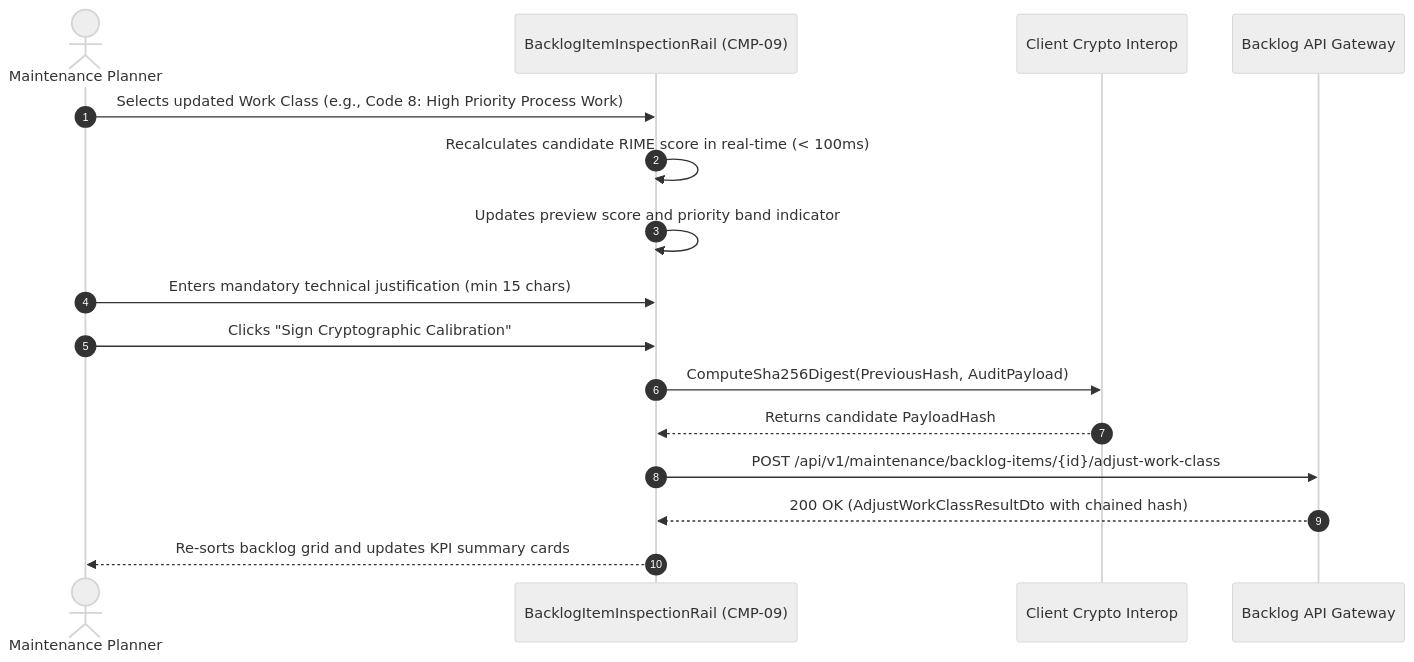
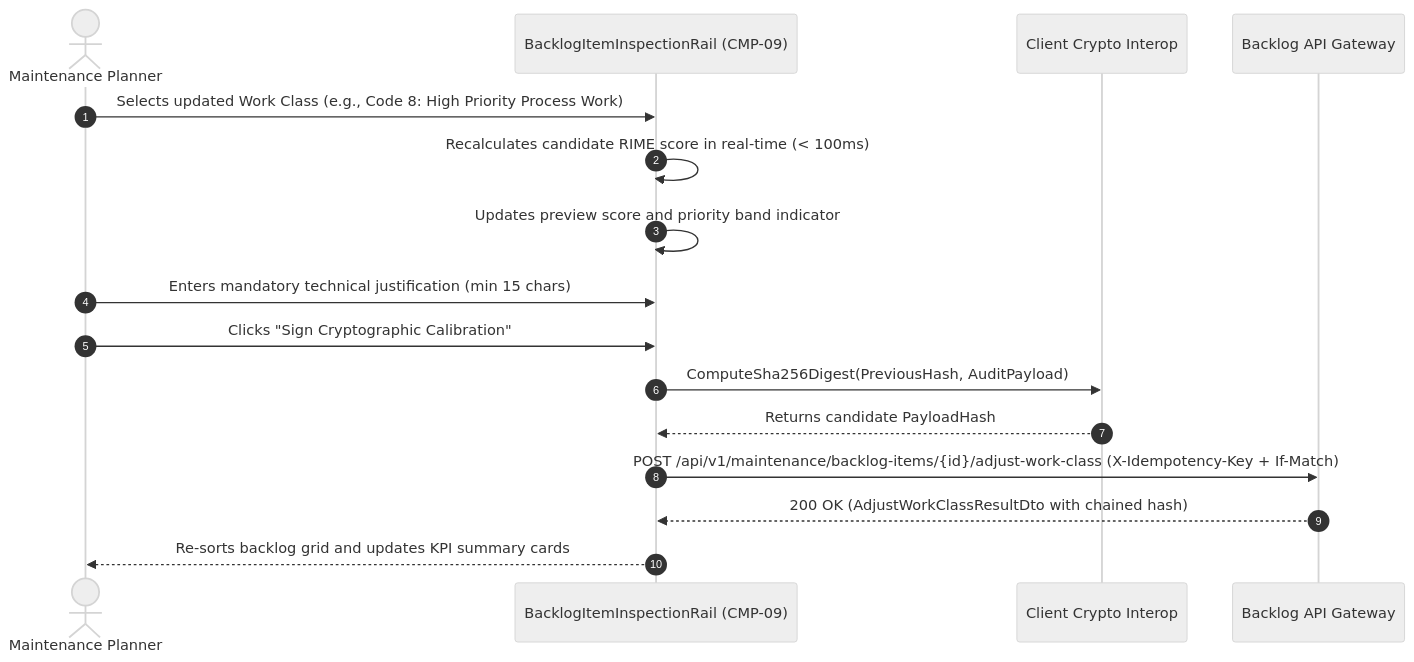
The second of 2 diagrams in ui-ux/screens/mtto/SCR-MTTO-026.md (Novav20/adso-dteam-docs), drawn with Mermaid (neutral theme) before and after one commit. The commit also changed other lines of this file and 62 other files, not shown here.

Commit message:
docs(audit): close 32/33 pre-code findings (ADR-010, xmin ETag, X-Idempotency-Key, UC-INV-007 in SCR-INV-005, RBAC/tokens/API/SignalR; defer P2-M04)

````diff
--- a/ui-ux/screens/mtto/SCR-MTTO-026.md
+++ b/ui-ux/screens/mtto/SCR-MTTO-026.md
@@ -274,19 +275,19 @@
 ```mermaid
 sequenceDiagram
     autonumber
     actor Planner as Maintenance Planner
     participant Rail as BacklogItemInspectionRail (CMP-09)
     participant Interop as Client Crypto Interop
     participant API as Backlog API Gateway
 
     Planner->>Rail: Selects updated Work Class (e.g., Code 8: High Priority Process Work)
     Rail->>Rail: Recalculates candidate RIME score in real-time (< 100ms)
     Rail->>Rail: Updates preview score and priority band indicator
     Planner->>Rail: Enters mandatory technical justification (min 15 chars)
     Planner->>Rail: Clicks "Sign Cryptographic Calibration"
     Rail->>Interop: ComputeSha256Digest(PreviousHash, AuditPayload)
     Interop-->>Rail: Returns candidate PayloadHash
-    Rail->>API: POST /api/v1/maintenance/backlog-items/{id}/adjust-work-class
+    Rail->>API: POST /api/v1/maintenance/backlog-items/{id}/adjust-work-class (X-Idempotency-Key + If-Match)
     API-->>Rail: 200 OK (AdjustWorkClassResultDto with chained hash)
     Rail-->>Planner: Re-sorts backlog grid and updates KPI summary cards
 ```
````
